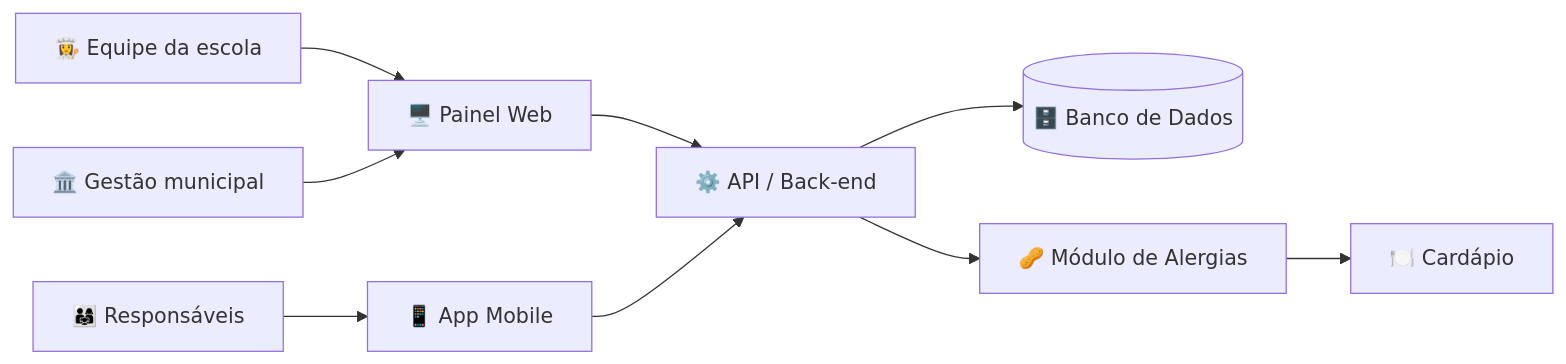
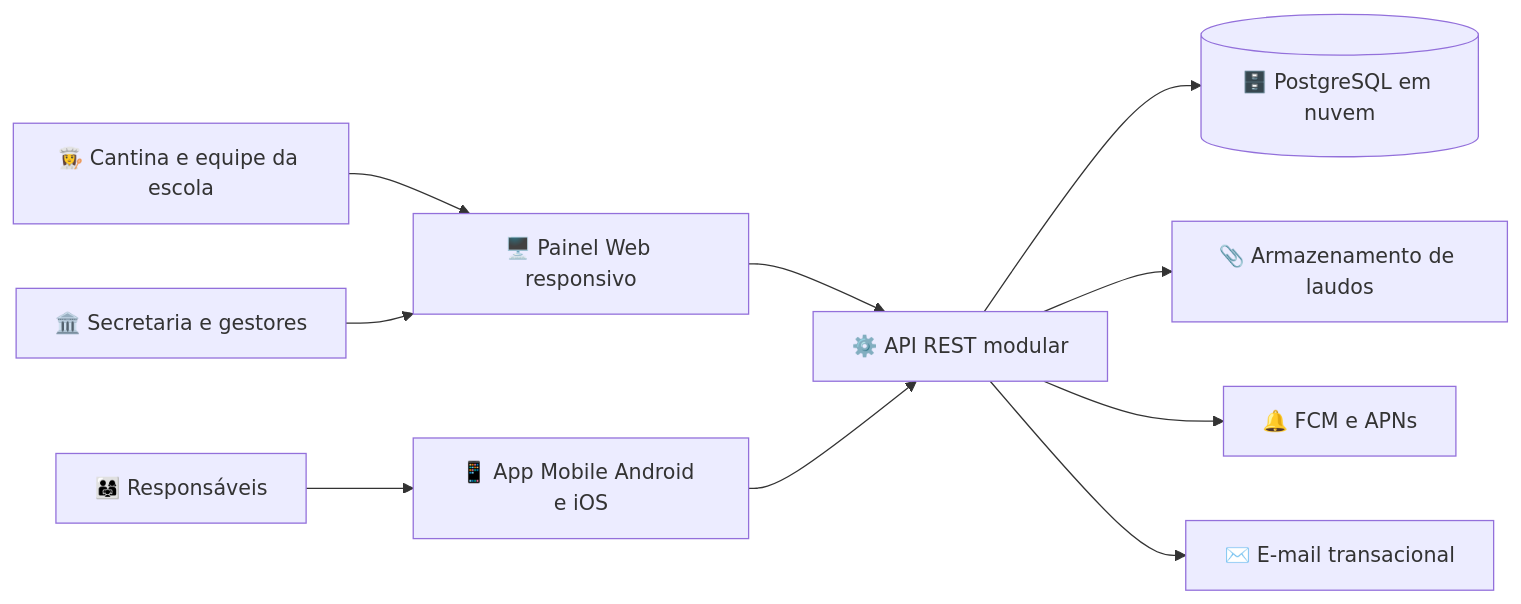
One commit to gabriel1326/SIGECE changed the second of 4 diagrams in README.md. Above: the diagram before and after it, drawn with Mermaid. The commit also changed other lines of this file, not shown here.

````diff
--- a/README.md
+++ b/README.md
@@ -113,11 +164,12 @@
 ```mermaid
 flowchart LR
-    A[👩‍🍳 Equipe da escola] --> W[🖥️ Painel Web]
-    R[👨‍👩‍👧 Responsáveis] --> M[📱 App Mobile]
-    G[🏛️ Gestão municipal] --> W
-    W --> API[⚙️ API / Back-end]
+    A["👩‍🍳 Cantina e equipe da escola"] --> W["🖥️ Painel Web responsivo"]
+    G["🏛️ Secretaria e gestores"] --> W
+    R["👨‍👩‍👧 Responsáveis"] --> M["📱 App Mobile Android e iOS"]
+    W --> API["⚙️ API REST modular"]
     M --> API
-    API --> DB[(🗄️ Banco de Dados)]
-    API --> AL[🥜 Módulo de Alergias]
-    AL --> C[🍽️ Cardápio]
+    API --> DB[("🗄️ PostgreSQL em nuvem")]
+    API --> S3["📎 Armazenamento de laudos"]
+    API --> N["🔔 FCM e APNs"]
+    API --> E["✉️ E-mail transacional"]
 ```
````
